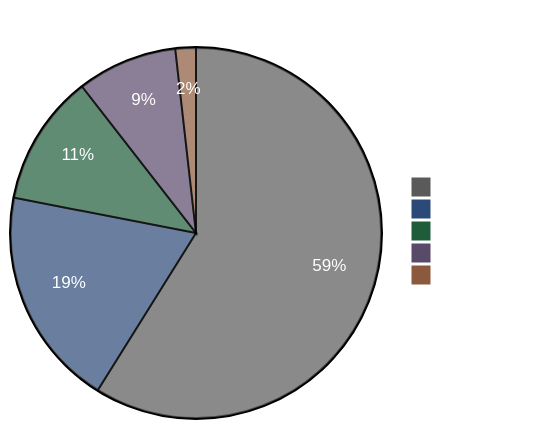
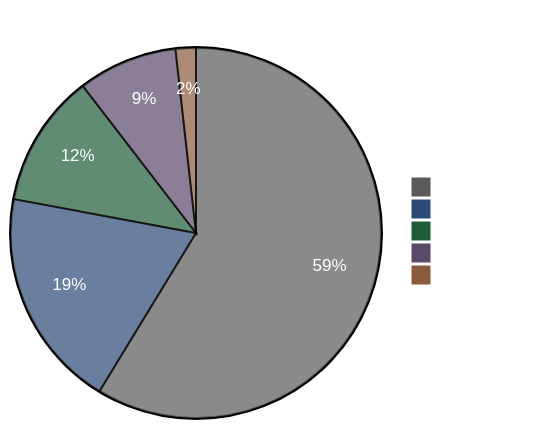
The diagram in README.md (ShawnBIT/reco-arxiv-daily), drawn with Mermaid before and after one commit. The commit also changed other lines of this file and 5 other files, not shown here.

````diff
--- a/README.md
+++ b/README.md
@@ -6,19 +6,19 @@
 ```mermaid
 %%{init: {'theme':'base', 'themeVariables': {
   'pie1':'#5a5a5a',
   'pie2':'#2c4a78',
   'pie3':'#1e5c3a',
   'pie4':'#5a4a6a',
   'pie5':'#8b5a3c',
   'pieTitleTextColor':'#ffffff',
   'pieSectionTextColor':'#ffffff',
   'pieLegendTextColor':'#ffffff'
 }}}%%
 pie showData
 title Paper Distribution by Tag
-  "Other" : 593
-  "LLM" : 193
-  "GR" : 115
+  "Other" : 596
+  "LLM" : 195
+  "GR" : 118
   "Seq" : 88
   "Scaling" : 18
 ```
````
